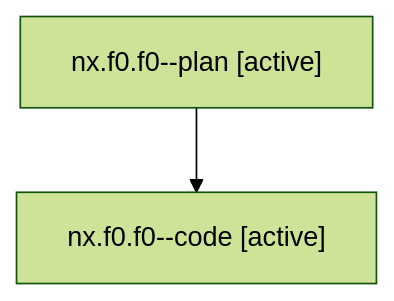
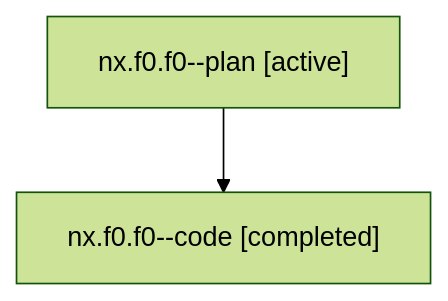
Before and after one commit to sase-org/sase--agents: the diagram in families/bbugyi200.athena.nx.f0.f0.md, drawn with Mermaid (forest theme). The commit also changed other lines of this file and 5813 other files, not shown here.

````diff
--- a/families/bbugyi200.athena.nx.f0.f0.md
+++ b/families/bbugyi200.athena.nx.f0.f0.md
@@ -9,6 +9,6 @@
 ```mermaid
 flowchart TD
   n0["nx.f0.f0--plan [active]"]
-  n1["nx.f0.f0--code [active]"]
+  n1["nx.f0.f0--code [completed]"]
   n0 --> n1
 ```
````
